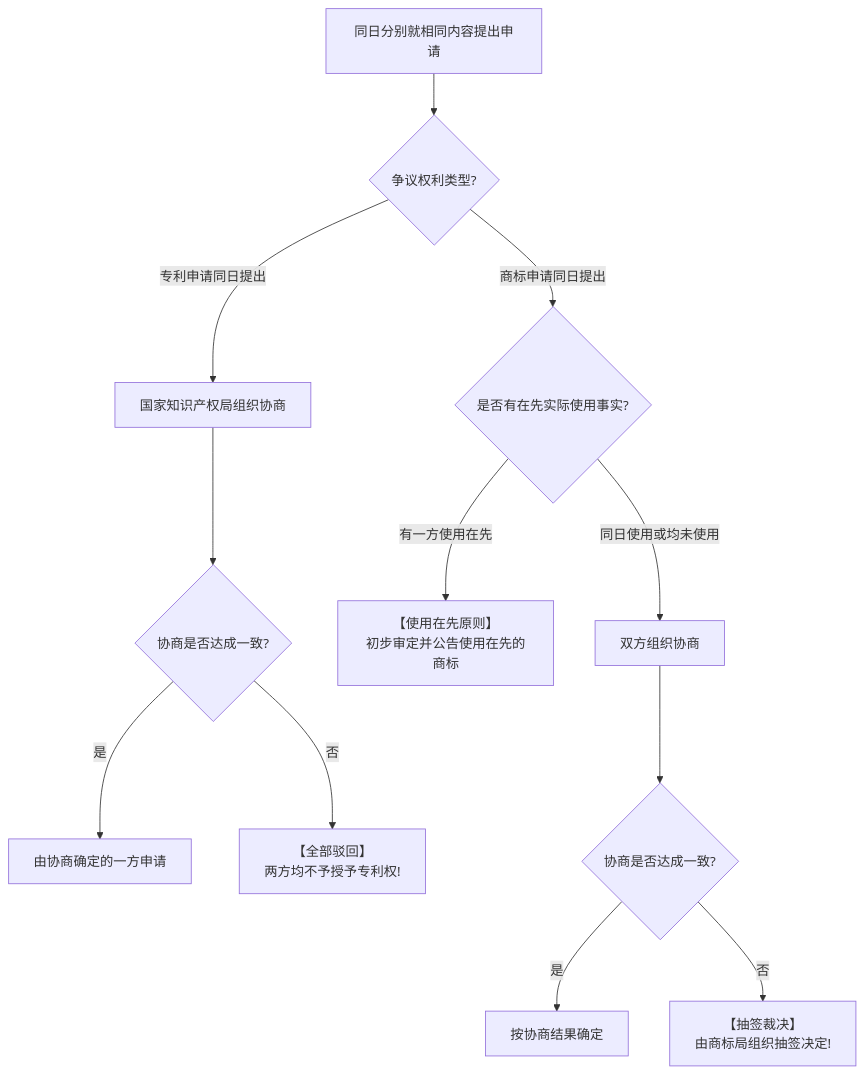
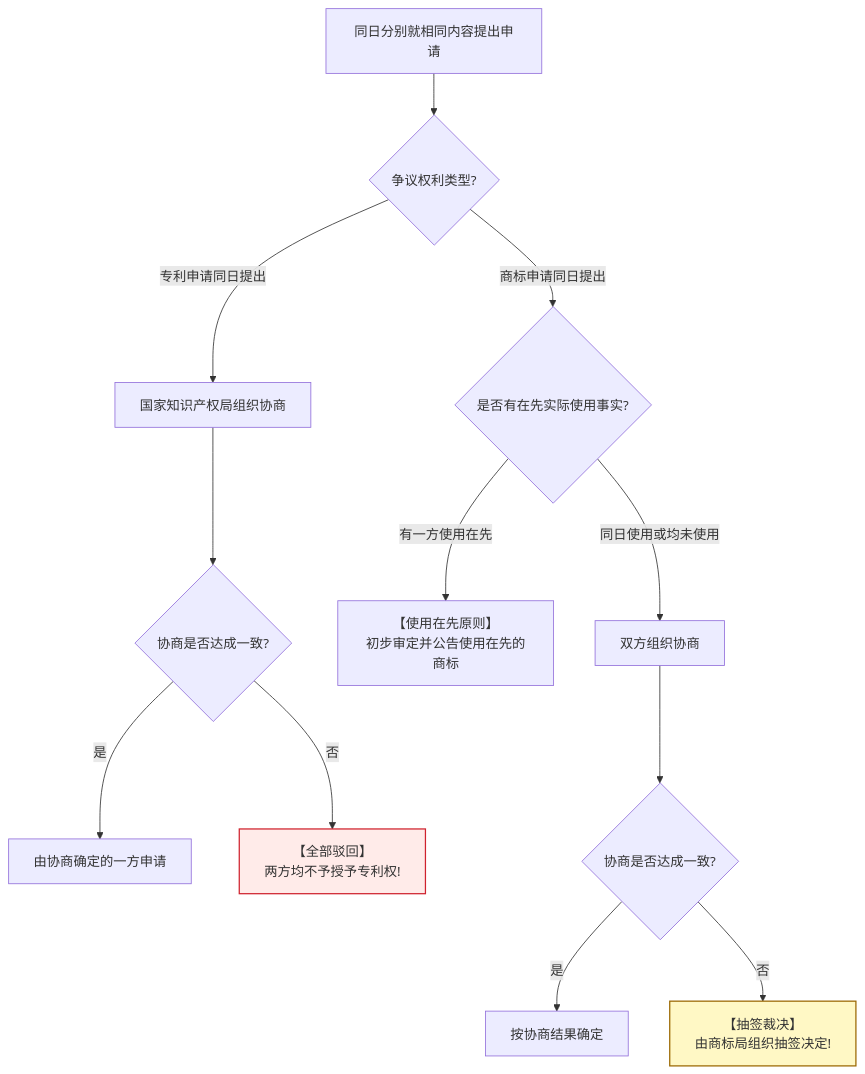
Before and after one commit to atengk/ruankao-software-designer: the diagram in docs/am-general/08-ip-and-standards/02-专利权商标权保护期限与标准化代号.md, drawn with Mermaid. The commit also changed other lines of this file and 13 other files, not shown here.

````diff
--- a/docs/am-general/08-ip-and-standards/02-专利权商标权保护期限与标准化代号.md
+++ b/docs/am-general/08-ip-and-standards/02-专利权商标权保护期限与标准化代号.md
@@ -65,15 +65,18 @@
 ```mermaid
 flowchart TD
     A["同日分别就相同内容提出申请"] --> B{"争议权利类型?"}
     B -- "专利申请同日提出" --> C["国家知识产权局组织协商"]
     C --> D{"协商是否达成一致?"}
     D -- 是 --> E["由协商确定的一方申请"]
     D -- 否 --> F["【全部驳回】<br>两方均不予授予专利权!"]
     
     B -- "商标申请同日提出" --> G{"是否有在先实际使用事实?"}
     G -- "有一方使用在先" --> H["【使用在先原则】<br>初步审定并公告使用在先的商标"]
     G -- "同日使用或均未使用" --> I["双方组织协商"]
     I --> J{"协商是否达成一致?"}
     J -- 是 --> K["按协商结果确定"]
     J -- 否 --> L["【抽签裁决】<br>由商标局组织抽签决定!"]
+    
+    style F fill:#ffebe9,stroke:#cf222e,stroke-width:1.5px
+    style L fill:#fff8c5,stroke:#9a6700,stroke-width:1.5px
 ```
````
